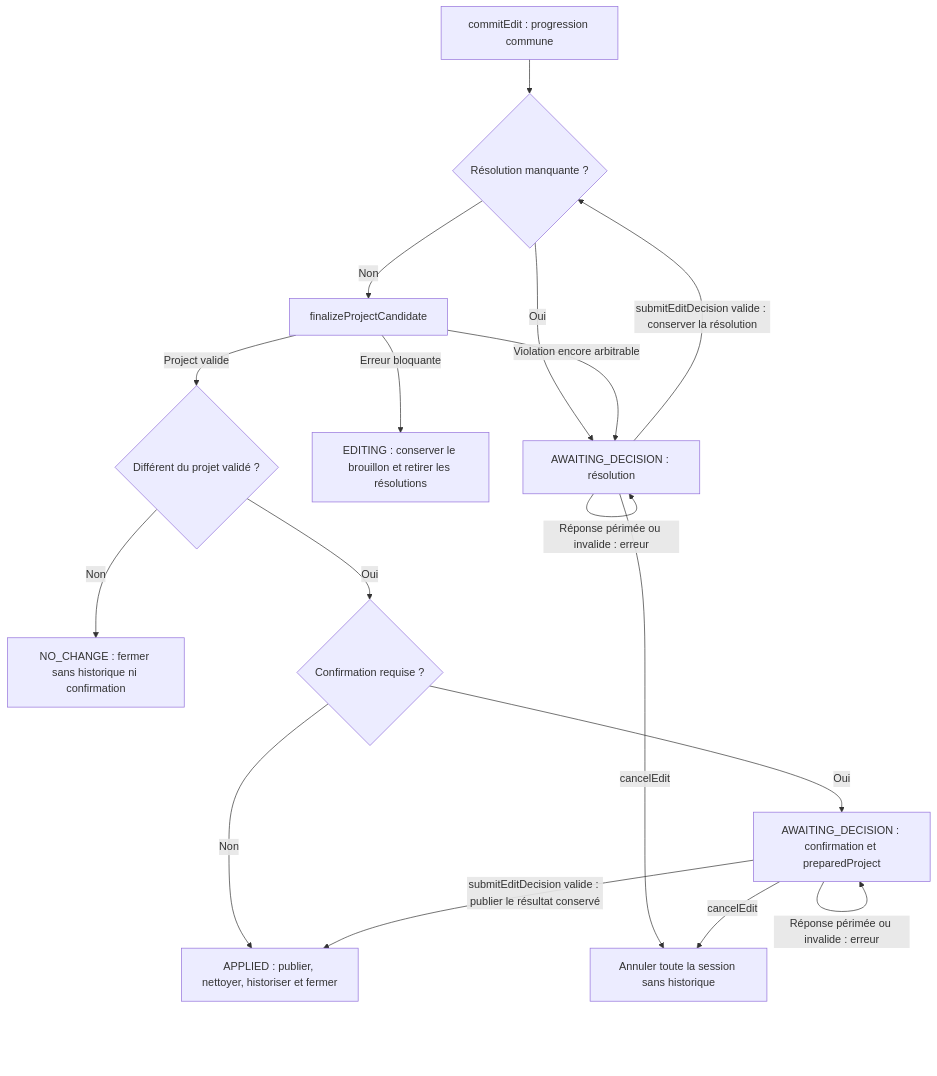
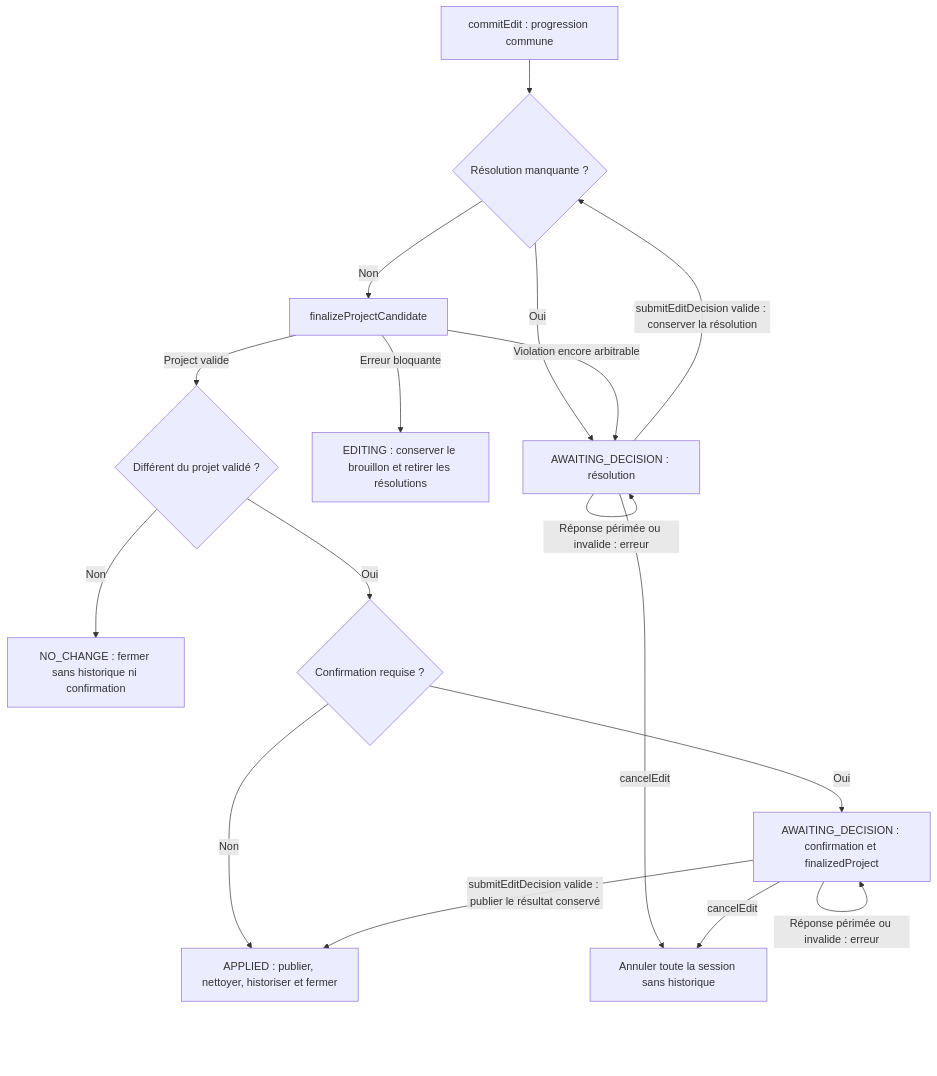
Before and after one commit to LucasBertrand/pianola-doc: the fourth of 7 diagrams in architecture.md, drawn with Mermaid. The commit also changed other lines of this file and 1 other file, not shown here.

Commit message:
docs: rename effective project and edit decision types

````diff
--- a/architecture.md
+++ b/architecture.md
@@ -973,19 +973,19 @@
 ```mermaid
 flowchart TD
     Commit["commitEdit : progression commune"] --> Need{"Résolution manquante ?"}
     Need -->|Oui| Resolve["AWAITING_DECISION : résolution"]
     Resolve -->|submitEditDecision valide : conserver la résolution| Need
     Resolve -->|Réponse périmée ou invalide : erreur| Resolve
     Need -->|Non| Finalize["finalizeProjectCandidate"]
     Finalize -->|Erreur bloquante| Error["EDITING : conserver le brouillon et retirer les résolutions"]
     Finalize -->|Violation encore arbitrable| Resolve
     Finalize -->|Project valide| Changed{"Différent du projet validé ?"}
     Changed -->|Non| NoChange["NO_CHANGE : fermer sans historique ni confirmation"]
     Changed -->|Oui| Required{"Confirmation requise ?"}
     Required -->|Non| Applied["APPLIED : publier, nettoyer, historiser et fermer"]
-    Required -->|Oui| Confirm["AWAITING_DECISION : confirmation et preparedProject"]
+    Required -->|Oui| Confirm["AWAITING_DECISION : confirmation et finalizedProject"]
     Confirm -->|submitEditDecision valide : publier le résultat conservé| Applied
     Confirm -->|Réponse périmée ou invalide : erreur| Confirm
     Resolve -->|cancelEdit| Cancel["Annuler toute la session sans historique"]
     Confirm -->|cancelEdit| Cancel
 ```
````
